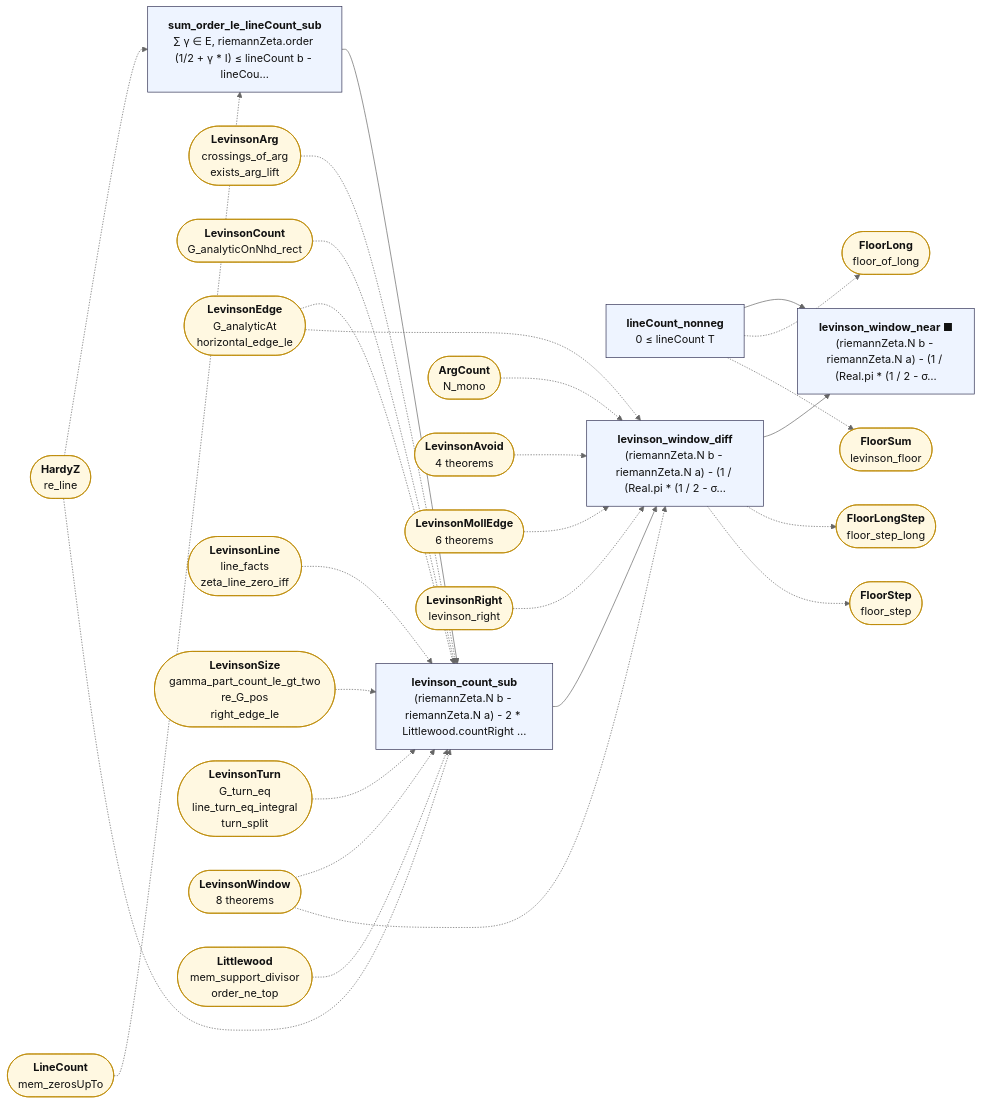
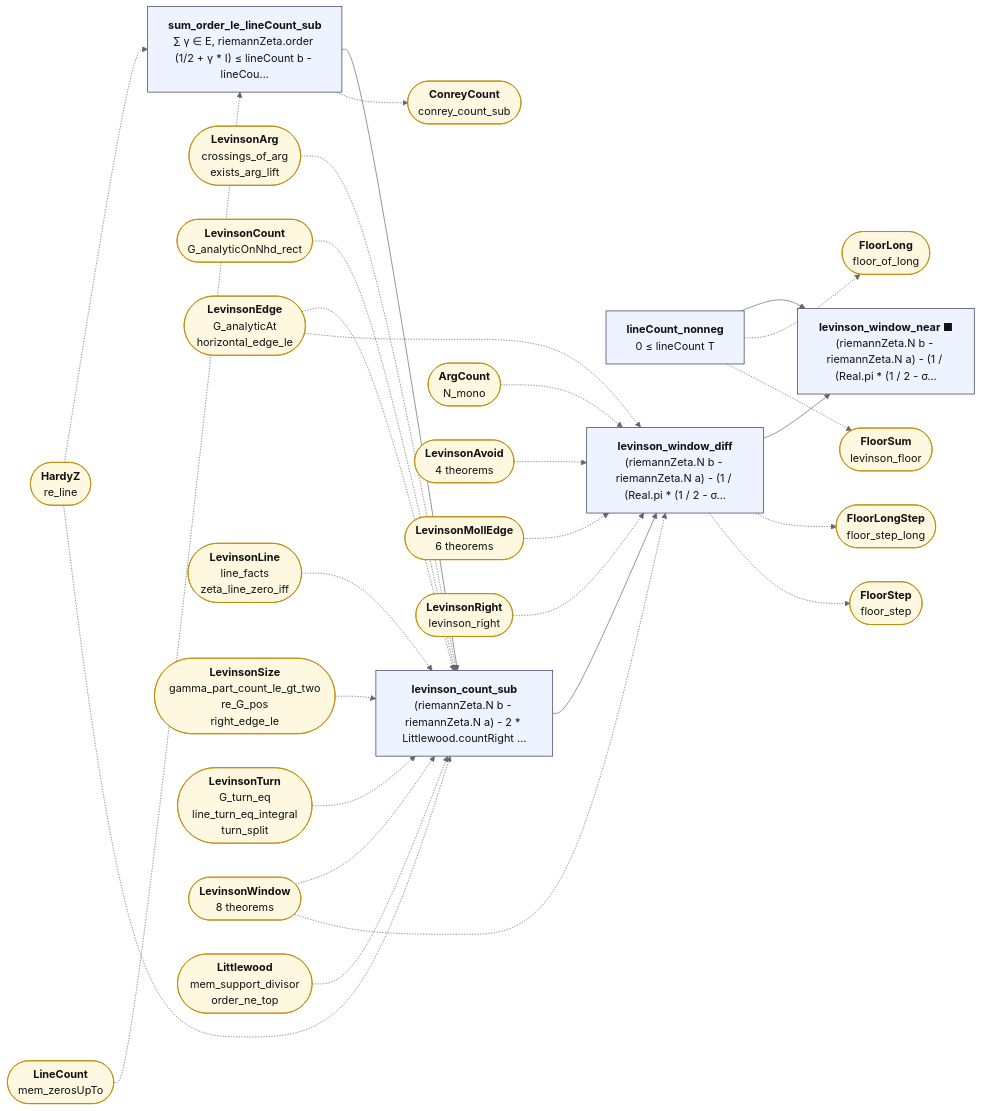
The diagram in map/lean_stage3/LevinsonWindowNear.md (juliansambranojr/Primebeat_081426), drawn with Mermaid (neutral theme) before and after one commit. The commit also changed other lines of this file and 48 other files, not shown here.

````diff
--- a/map/lean_stage3/LevinsonWindowNear.md
+++ b/map/lean_stage3/LevinsonWindowNear.md
@@ -14,59 +14,61 @@
 ```mermaid
 flowchart LR
   n0["<b>sum_order_le_lineCount_sub</b><br/>∑ γ ∈ E, riemannZeta.order (1/2 + γ * I) ≤ lineCount b - lineCou…"]:::thm
   n1["<b>lineCount_nonneg</b><br/>0 ≤ lineCount T"]:::thm
   n2["<b>levinson_count_sub</b><br/>(riemannZeta.N b - riemannZeta.N a) - 2 * Littlewood.countRight …"]:::thm
   n3["<b>levinson_window_diff</b><br/>(riemannZeta.N b - riemannZeta.N a) - (1 / (Real.pi * (1 / 2 - σ…"]:::thm
   n4["<b>levinson_window_near ■</b><br/>(riemannZeta.N b - riemannZeta.N a) - (1 / (Real.pi * (1 / 2 - σ…"]:::thm
   x0(["<b>HardyZ</b><br/>re_line"]):::ext
   x1(["<b>LineCount</b><br/>mem_zerosUpTo"]):::ext
-  x2(["<b>FloorLong</b><br/>floor_of_long"]):::ext
-  x3(["<b>FloorSum</b><br/>levinson_floor"]):::ext
-  x4(["<b>LevinsonArg</b><br/>crossings_of_arg<br/>exists_arg_lift"]):::ext
-  x5(["<b>LevinsonCount</b><br/>G_analyticOnNhd_rect"]):::ext
-  x6(["<b>LevinsonEdge</b><br/>G_analyticAt<br/>horizontal_edge_le"]):::ext
-  x7(["<b>LevinsonLine</b><br/>line_facts<br/>zeta_line_zero_iff"]):::ext
-  x8(["<b>LevinsonSize</b><br/>gamma_part_count_le_gt_two<br/>re_G_pos<br/>right_edge_le"]):::ext
-  x9(["<b>LevinsonTurn</b><br/>G_turn_eq<br/>line_turn_eq_integral<br/>turn_split"]):::ext
-  x10(["<b>LevinsonWindow</b><br/>8 theorems"]):::ext
-  x11(["<b>Littlewood</b><br/>mem_support_divisor<br/>order_ne_top"]):::ext
-  x12(["<b>ArgCount</b><br/>N_mono"]):::ext
-  x13(["<b>LevinsonAvoid</b><br/>4 theorems"]):::ext
-  x14(["<b>LevinsonMollEdge</b><br/>6 theorems"]):::ext
-  x15(["<b>LevinsonRight</b><br/>levinson_right"]):::ext
-  x16(["<b>FloorLongStep</b><br/>floor_step_long"]):::ext
-  x17(["<b>FloorStep</b><br/>floor_step"]):::ext
+  x2(["<b>ConreyCount</b><br/>conrey_count_sub"]):::ext
+  x3(["<b>FloorLong</b><br/>floor_of_long"]):::ext
+  x4(["<b>FloorSum</b><br/>levinson_floor"]):::ext
+  x5(["<b>LevinsonArg</b><br/>crossings_of_arg<br/>exists_arg_lift"]):::ext
+  x6(["<b>LevinsonCount</b><br/>G_analyticOnNhd_rect"]):::ext
+  x7(["<b>LevinsonEdge</b><br/>G_analyticAt<br/>horizontal_edge_le"]):::ext
+  x8(["<b>LevinsonLine</b><br/>line_facts<br/>zeta_line_zero_iff"]):::ext
+  x9(["<b>LevinsonSize</b><br/>gamma_part_count_le_gt_two<br/>re_G_pos<br/>right_edge_le"]):::ext
+  x10(["<b>LevinsonTurn</b><br/>G_turn_eq<br/>line_turn_eq_integral<br/>turn_split"]):::ext
+  x11(["<b>LevinsonWindow</b><br/>8 theorems"]):::ext
+  x12(["<b>Littlewood</b><br/>mem_support_divisor<br/>order_ne_top"]):::ext
+  x13(["<b>ArgCount</b><br/>N_mono"]):::ext
+  x14(["<b>LevinsonAvoid</b><br/>4 theorems"]):::ext
+  x15(["<b>LevinsonMollEdge</b><br/>6 theorems"]):::ext
+  x16(["<b>LevinsonRight</b><br/>levinson_right"]):::ext
+  x17(["<b>FloorLongStep</b><br/>floor_step_long"]):::ext
+  x18(["<b>FloorStep</b><br/>floor_step"]):::ext
   n0 --> n2
   n1 --> n4
   n2 --> n3
   n3 --> n4
-  n1 -.-> x2
+  n0 -.-> x2
   n1 -.-> x3
-  n3 -.-> x16
+  n1 -.-> x4
   n3 -.-> x17
+  n3 -.-> x18
   x0 -.-> n0
   x0 -.-> n2
   x1 -.-> n0
   x10 -.-> n2
-  x10 -.-> n3
   x11 -.-> n2
-  x12 -.-> n3
+  x11 -.-> n3
+  x12 -.-> n2
   x13 -.-> n3
   x14 -.-> n3
   x15 -.-> n3
-  x4 -.-> n2
+  x16 -.-> n3
   x5 -.-> n2
   x6 -.-> n2
-  x6 -.-> n3
   x7 -.-> n2
+  x7 -.-> n3
   x8 -.-> n2
   x9 -.-> n2
   classDef cnt fill:#dff5ec,stroke:#17694a,color:#111
   classDef shp fill:#f1ecfb,stroke:#5b3fa0,color:#111
   classDef rh fill:#ffe5e5,stroke:#c22,color:#111,stroke-width:2px
   classDef thm fill:#eef4ff,stroke:#335,color:#111
   classDef end_ fill:#e7f7e7,stroke:#2a7,color:#111,stroke-width:2px
   classDef lone fill:#fff,stroke:#999,color:#111,stroke-dasharray:4 3
   classDef bad fill:#ffe5e5,stroke:#c22,color:#111,stroke-width:2px
   classDef ext fill:#fff8e1,stroke:#b80,color:#111
 ```
````
